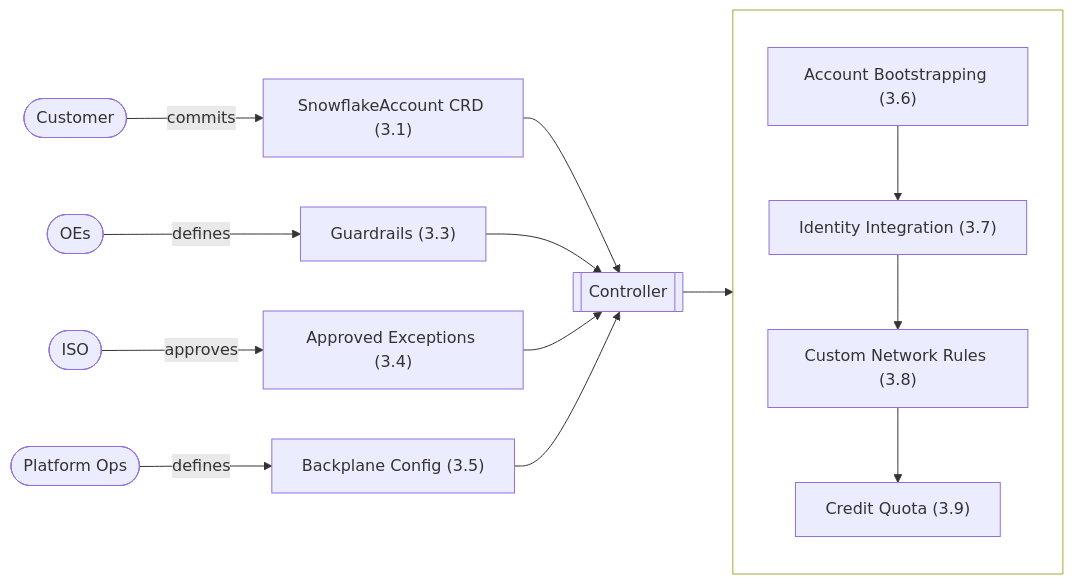
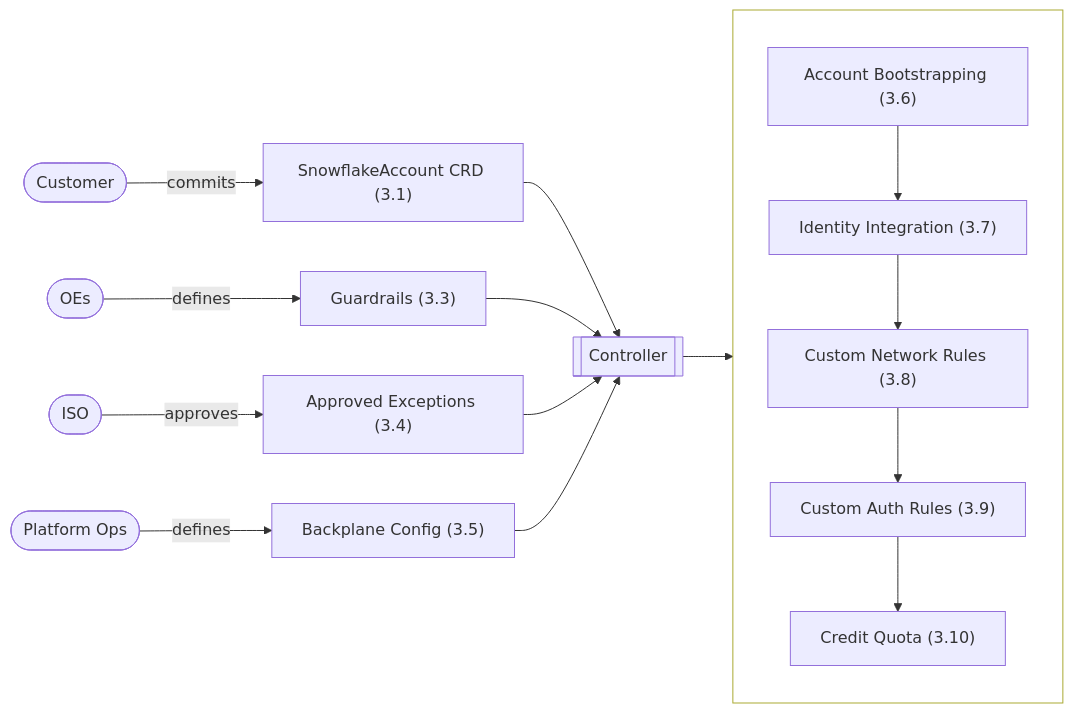
One commit to allianz/yukimi changed the diagram in specs/design.md. Above: the diagram before and after it, drawn with Mermaid. The commit also changed other lines of this file, not shown here.

Commit message:
added custom auth policy

````diff
--- a/specs/design.md
+++ b/specs/design.md
@@ -151,23 +152,24 @@
 ```mermaid
 flowchart LR
     Customer([Customer]) -->|commits| CRD["SnowflakeAccount CRD (3.1)"]
     OEs([OEs]) -->|defines| Guardrails["Guardrails (3.3)"]
     ISO([ISO]) -->|approves| Exceptions["Approved Exceptions (3.4)"]
     Ops([Platform Ops]) -->|defines| BackplaneConfig["Backplane Config (3.5)"]
 
     CRD --> Controller[[Controller]]
     Guardrails --> Controller
     Exceptions --> Controller
     BackplaneConfig --> Controller
 
     Controller --> CreateFlow
 
     subgraph createFlowGroup [" "]
         direction TB
         CreateFlow["Account Bootstrapping (3.6)"] --> IdentityIntegration["Identity Integration (3.7)"]
         IdentityIntegration --> NetworkRules["Custom Network Rules (3.8)"]
-        NetworkRules --> CreditQuota["Credit Quota (3.9)"]
+        NetworkRules --> AuthRules["Custom Auth Rules (3.9)"]
+        AuthRules --> CreditQuota["Credit Quota (3.10)"]
     end
 
     style createFlowGroup fill:transparent
 ```
````
